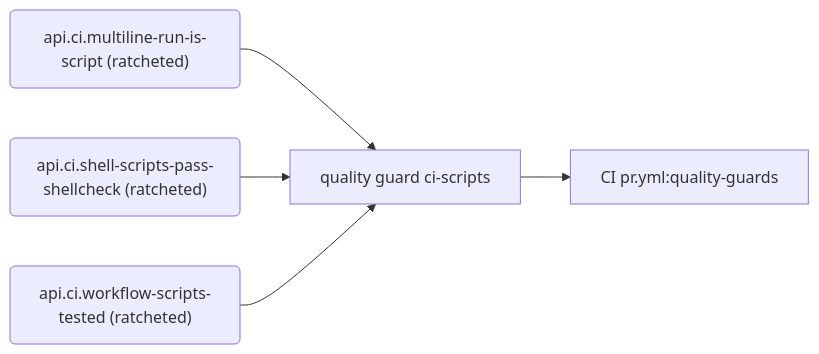
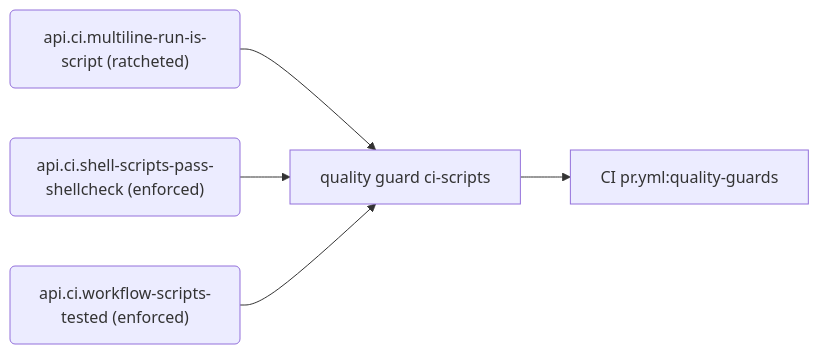
The eighth of 9 diagrams in docs/generated/rules.md (PolicyEngine/policyengine-api), drawn with Mermaid before and after one commit. The commit also changed other lines of this file and 5 other files, not shown here.

````diff
--- a/docs/generated/rules.md
+++ b/docs/generated/rules.md
@@ -334,12 +332,12 @@
 ```mermaid
 flowchart LR
   r_api_ci_multiline_run_is_script("api.ci.multiline-run-is-script (ratcheted)")
   e_quality_guard_ci_scripts["quality guard ci-scripts"]
   j_CI_pr_yml_quality_guards["CI pr.yml:quality-guards"]
-  r_api_ci_shell_scripts_pass_shellcheck("api.ci.shell-scripts-pass-shellcheck (ratcheted)")
-  r_api_ci_workflow_scripts_tested("api.ci.workflow-scripts-tested (ratcheted)")
+  r_api_ci_shell_scripts_pass_shellcheck("api.ci.shell-scripts-pass-shellcheck (enforced)")
+  r_api_ci_workflow_scripts_tested("api.ci.workflow-scripts-tested (enforced)")
   r_api_ci_multiline_run_is_script --> e_quality_guard_ci_scripts
   e_quality_guard_ci_scripts --> j_CI_pr_yml_quality_guards
   r_api_ci_shell_scripts_pass_shellcheck --> e_quality_guard_ci_scripts
   r_api_ci_workflow_scripts_tested --> e_quality_guard_ci_scripts
 ```
````
